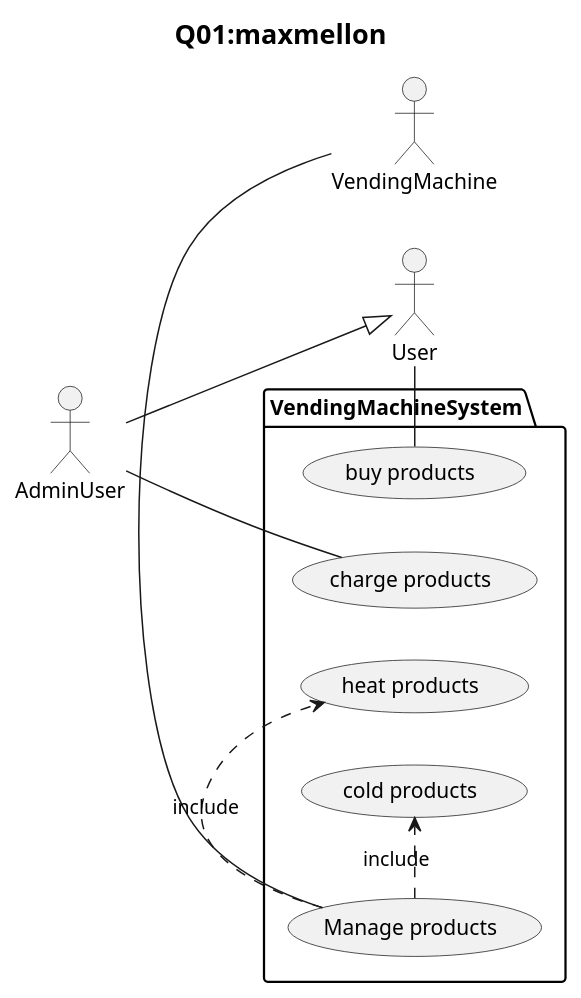
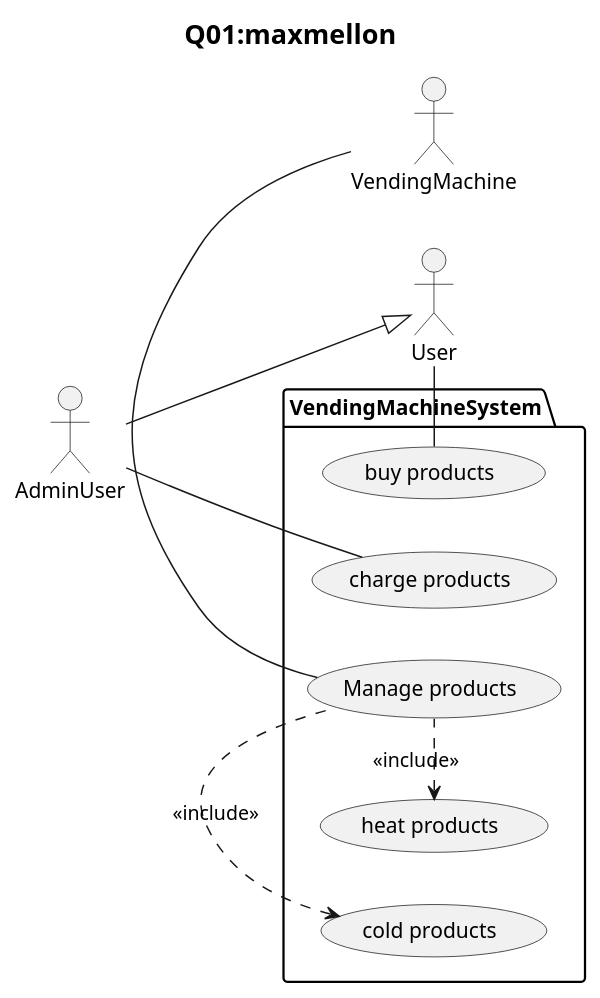
Before and after one commit to SLP-ETR-public/plantUML-recture: the diagram in maxmellon/Q01/Q01.pu, drawn with PlantUML. The commit also changed 1 other file, not shown here.

```diff
--- a/maxmellon/Q01/Q01.pu
+++ b/maxmellon/Q01/Q01.pu
@@ -1,25 +1,24 @@
 @startuml Q01.png
 title <size:18>Q01:maxmellon</size>
-actor User as user
-actor AdminUser as admin
+actor User           as user
+actor AdminUser      as admin
 actor VendingMachine as vending
 user <|-up- admin
 
 left to right direction
 
 package "VendingMachineSystem" {
-
   usecase (buy products)    as buyCase
   usecase (charge products) as chargeCase
   usecase (Manage products) as manageCase
   usecase (heat products)   as heat
   usecase (cold products)   as cold
 
   user    -ri- buyCase
   admin   -ri- chargeCase
   vending -le- manageCase
 
-  manageCase .ri.> heat : include
-  manageCase .ri.> cold : include
+  manageCase .le.> heat : <<include>>
+  manageCase .le.> cold : <<include>>
 }
 @enduml
```
